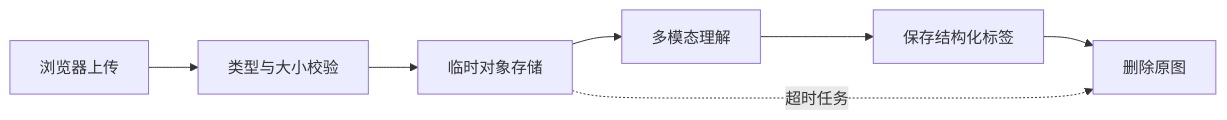
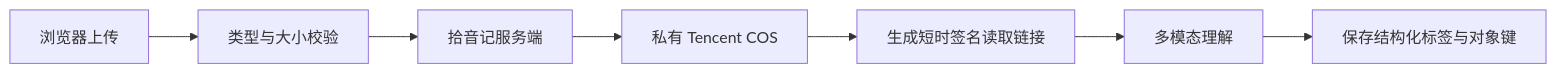
One commit to shirley-Rir/shiyinji changed the sixth of 7 diagrams in docs/architecture/04-feature-flows.md. Above: the diagram before and after it, drawn with Mermaid. The commit also changed other lines of this file and 16 other files, not shown here.

Commit message:
feat: store context images in Tencent COS

````diff
--- a/docs/architecture/04-feature-flows.md
+++ b/docs/architecture/04-feature-flows.md
@@ -127,9 +127,9 @@
 ```mermaid
 flowchart LR
     UPLOAD[浏览器上传] --> VALIDATE[类型与大小校验]
-    VALIDATE --> TEMP[临时对象存储]
-    TEMP --> AI[多模态理解]
-    AI --> TAGS[保存结构化标签]
-    TAGS --> PURGE[删除原图]
-    TEMP -. 超时任务 .-> PURGE
+    VALIDATE --> API[拾音记服务端]
+    API --> COS[私有 Tencent COS]
+    COS --> SIGN[生成短时签名读取链接]
+    SIGN --> AI[多模态理解]
+    AI --> TAGS[保存结构化标签与对象键]
 ```
````
